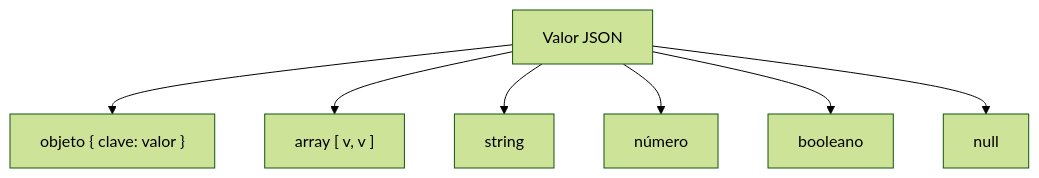
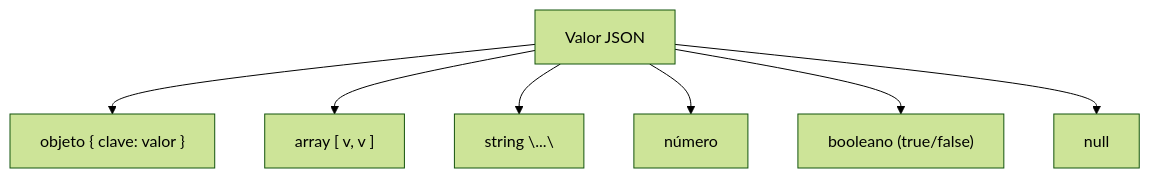
Before and after one commit to obiticadev/DAM-2025-26: the first of 5 diagrams in Programación/Aprendizaje autodidacta/11_APIRESTMasterclass/teoria/02_JSON_y_Jackson.md, drawn with Mermaid (forest theme). The commit also changed other lines of this file and 35 other files, not shown here.

````diff
--- a/Programación/Aprendizaje autodidacta/11_APIRESTMasterclass/teoria/02_JSON_y_Jackson.md
+++ b/Programación/Aprendizaje autodidacta/11_APIRESTMasterclass/teoria/02_JSON_y_Jackson.md
@@ -13,9 +32,9 @@
 ```mermaid
 flowchart TD
     V[Valor JSON] --> O["objeto { clave: valor }"]
     V --> A["array [ v, v ]"]
-    V --> S[string]
+    V --> S["string \"...\""]
     V --> N[número]
-    V --> B[booleano]
+    V --> B["booleano (true/false)"]
     V --> Z[null]
 ```
````
